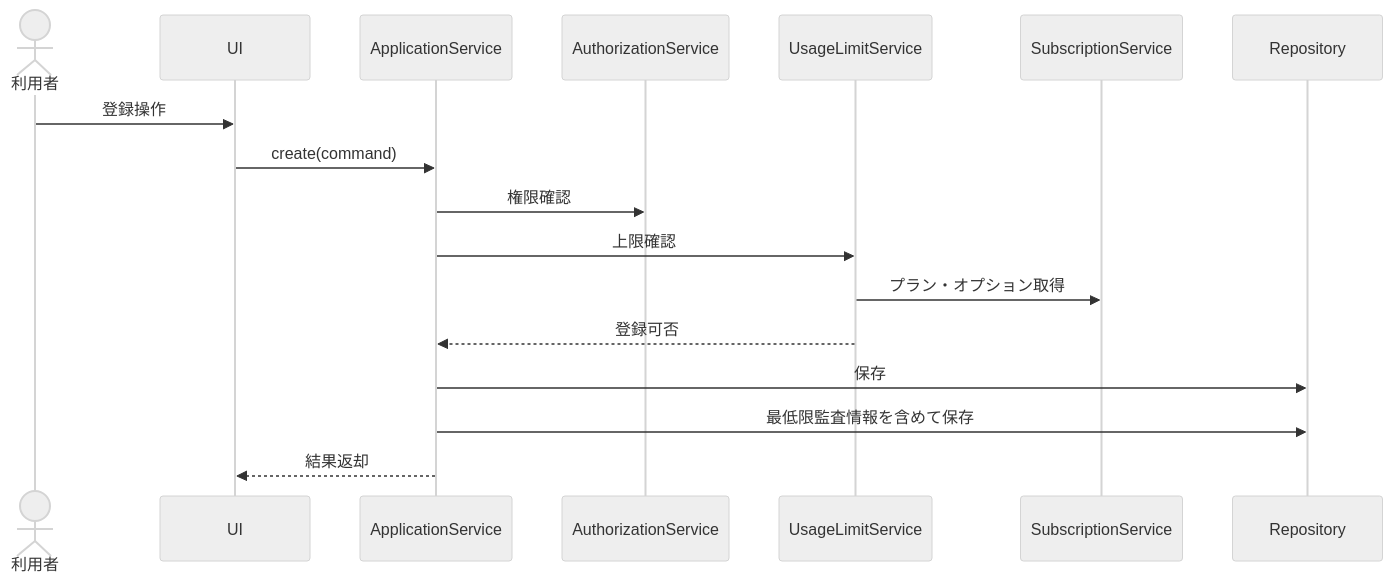
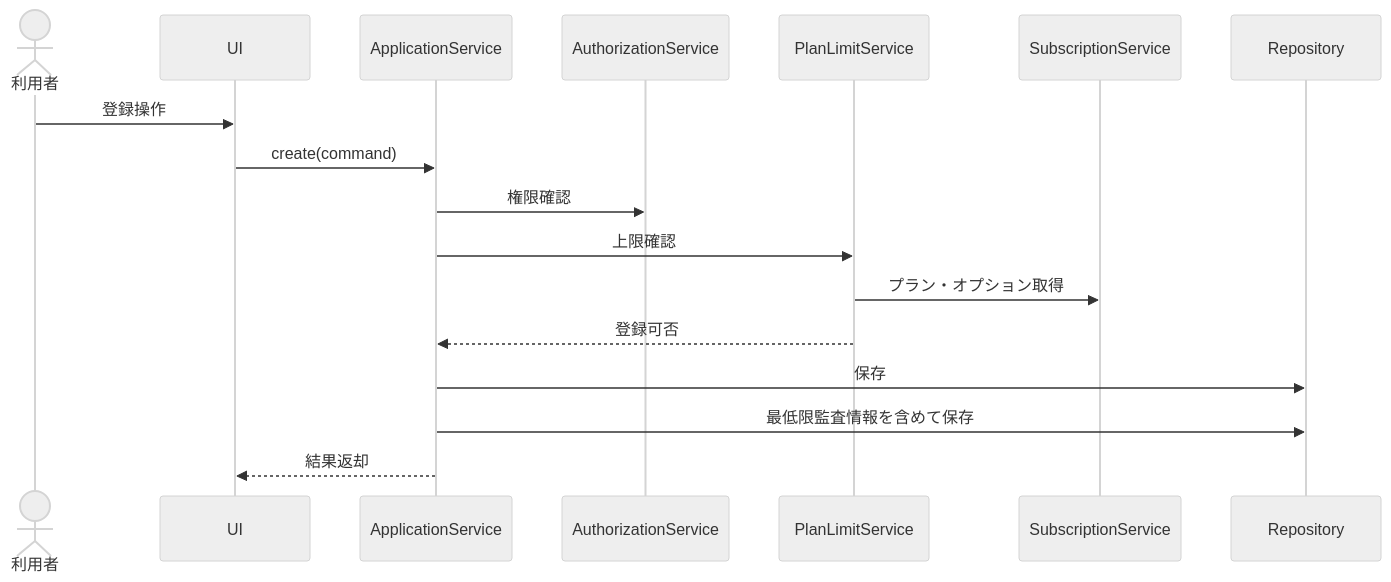
One commit to D03456/dcim changed the second of 2 diagrams in docs/03_basic_design/06_api_service_design_policy.md. Above: the diagram before and after it, drawn with Mermaid (neutral theme). The commit also changed other lines of this file and 10 other files, not shown here.

````diff
--- a/docs/03_basic_design/06_api_service_design_policy.md
+++ b/docs/03_basic_design/06_api_service_design_policy.md
@@ -307,13 +307,13 @@
 ```mermaid
 sequenceDiagram
     actor User as 利用者
     User->>UI: 登録操作
     UI->>ApplicationService: create(command)
     ApplicationService->>AuthorizationService: 権限確認
-    ApplicationService->>UsageLimitService: 上限確認
-    UsageLimitService->>SubscriptionService: プラン・オプション取得
-    UsageLimitService-->>ApplicationService: 登録可否
+    ApplicationService->>PlanLimitService: 上限確認
+    PlanLimitService->>SubscriptionService: プラン・オプション取得
+    PlanLimitService-->>ApplicationService: 登録可否
     ApplicationService->>Repository: 保存
     ApplicationService->>Repository: 最低限監査情報を含めて保存
     ApplicationService-->>UI: 結果返却
 ```
````
